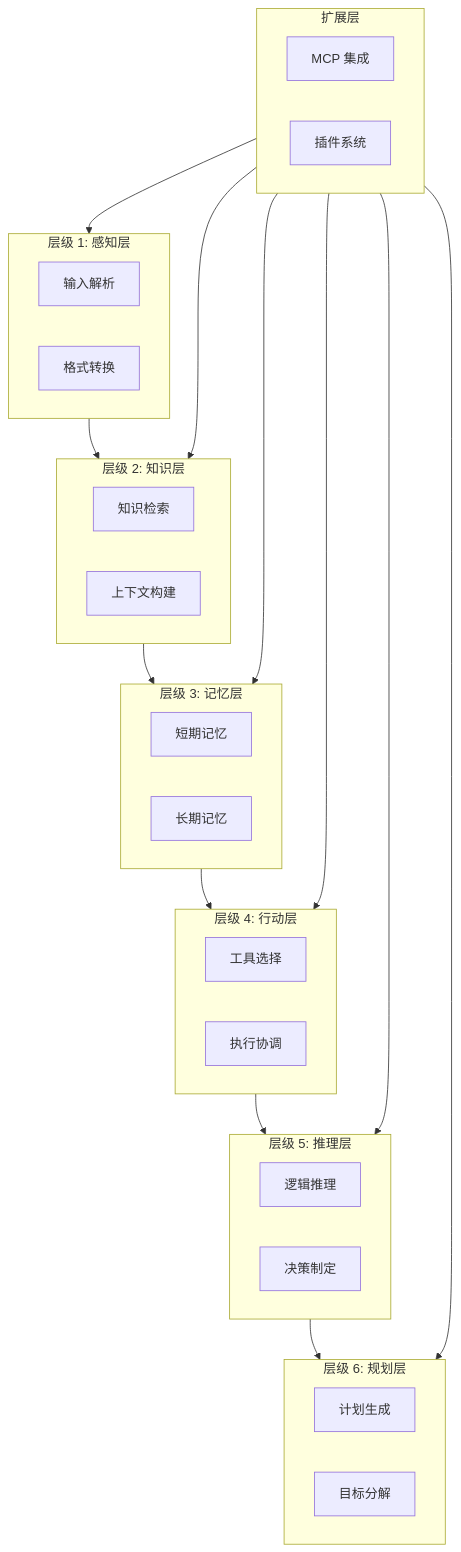
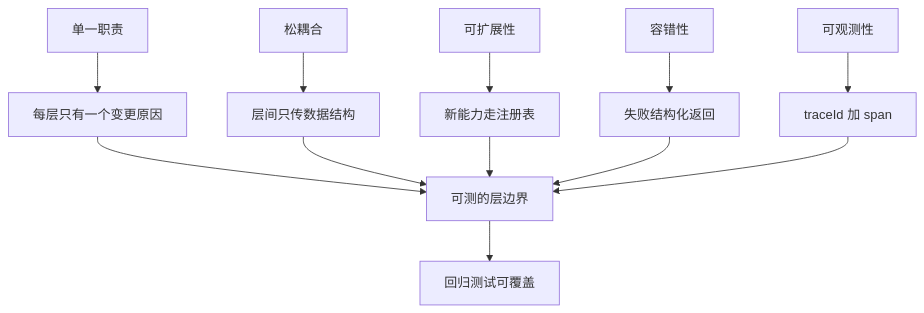
One commit to Shyu-x/frontend-interview changed the eighth of 8 diagrams in docs/agent/architecture/layered-architecture.md. Above: the diagram before and after it, drawn with Mermaid. The commit also changed other lines of this file and 58 other files, not shown here.

````diff
--- a/docs/agent/architecture/layered-architecture.md
+++ b/docs/agent/architecture/layered-architecture.md
@@ -57,49 +1145,14 @@
 ```mermaid
 flowchart TB
-    subgraph Layer1["层级 1: 感知层"]
-        P1["输入解析"]
-        P2["格式转换"]
-    end
-    
-    subgraph Layer2["层级 2: 知识层"]
-        K1["知识检索"]
-        K2["上下文构建"]
-    end
-    
-    subgraph Layer3["层级 3: 记忆层"]
-        M1["短期记忆"]
-        M2["长期记忆"]
-    end
-    
-    subgraph Layer4["层级 4: 行动层"]
-        A1["工具选择"]
-        A2["执行协调"]
-    end
-    
-    subgraph Layer5["层级 5: 推理层"]
-        R1["逻辑推理"]
-        R2["决策制定"]
-    end
-    
-    subgraph Layer6["层级 6: 规划层"]
-        PL1["计划生成"]
-        PL2["目标分解"]
-    end
-    
-    subgraph Extension["扩展层"]
-        E1["MCP 集成"]
-        E2["插件系统"]
-    end
-    
-    Layer1 --> Layer2
-    Layer2 --> Layer3
-    Layer3 --> Layer4
-    Layer4 --> Layer5
-    Layer5 --> Layer6
-    Extension --> Layer1
-    Extension --> Layer2
-    Extension --> Layer3
-    Extension --> Layer4
-    Extension --> Layer5
-    Extension --> Layer6
+    P1["单一职责"] --> L1["每层只有一个变更原因"]
+    P2["松耦合"] --> L2["层间只传数据结构"]
+    P3["可扩展性"] --> L3["新能力走注册表"]
+    P4["容错性"] --> L4["失败结构化返回"]
+    P5["可观测性"] --> L5["traceId 加 span"]
+    L1 --> R["可测的层边界"]
+    L2 --> R
+    L3 --> R
+    L4 --> R
+    L5 --> R
+    R --> Q["回归测试可覆盖"]
 ```
````
